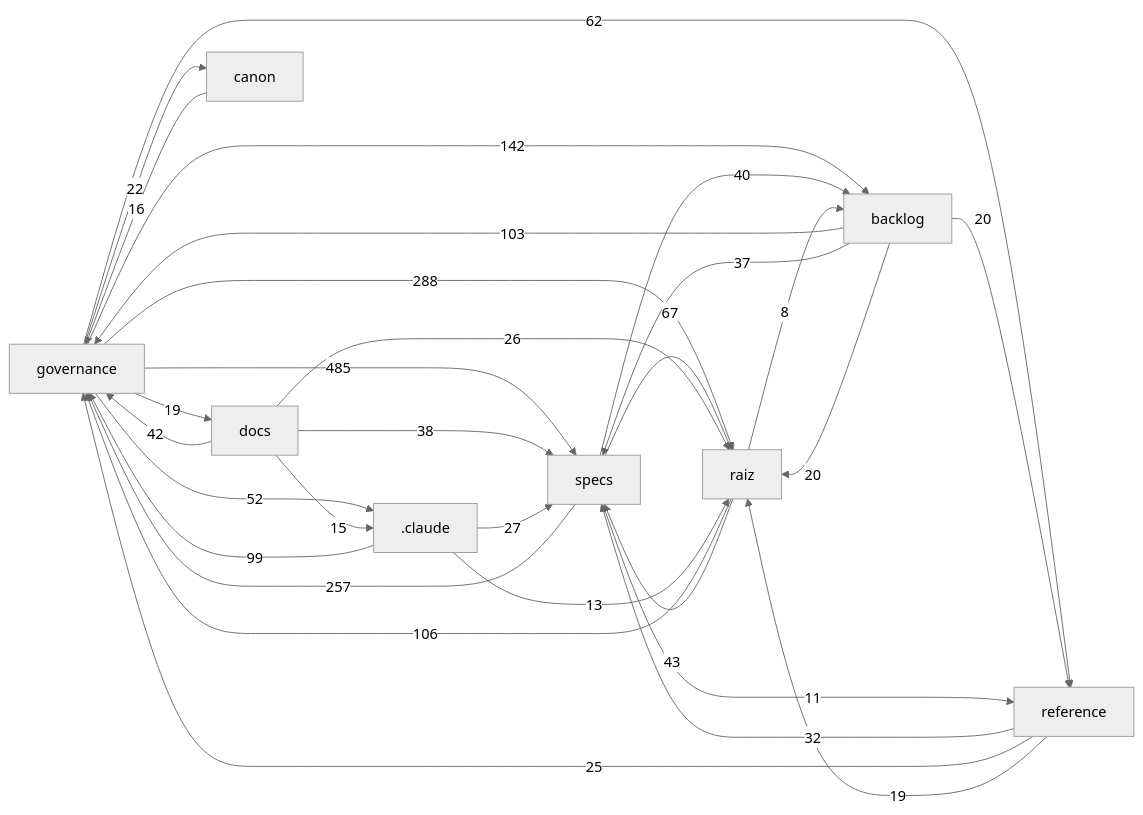
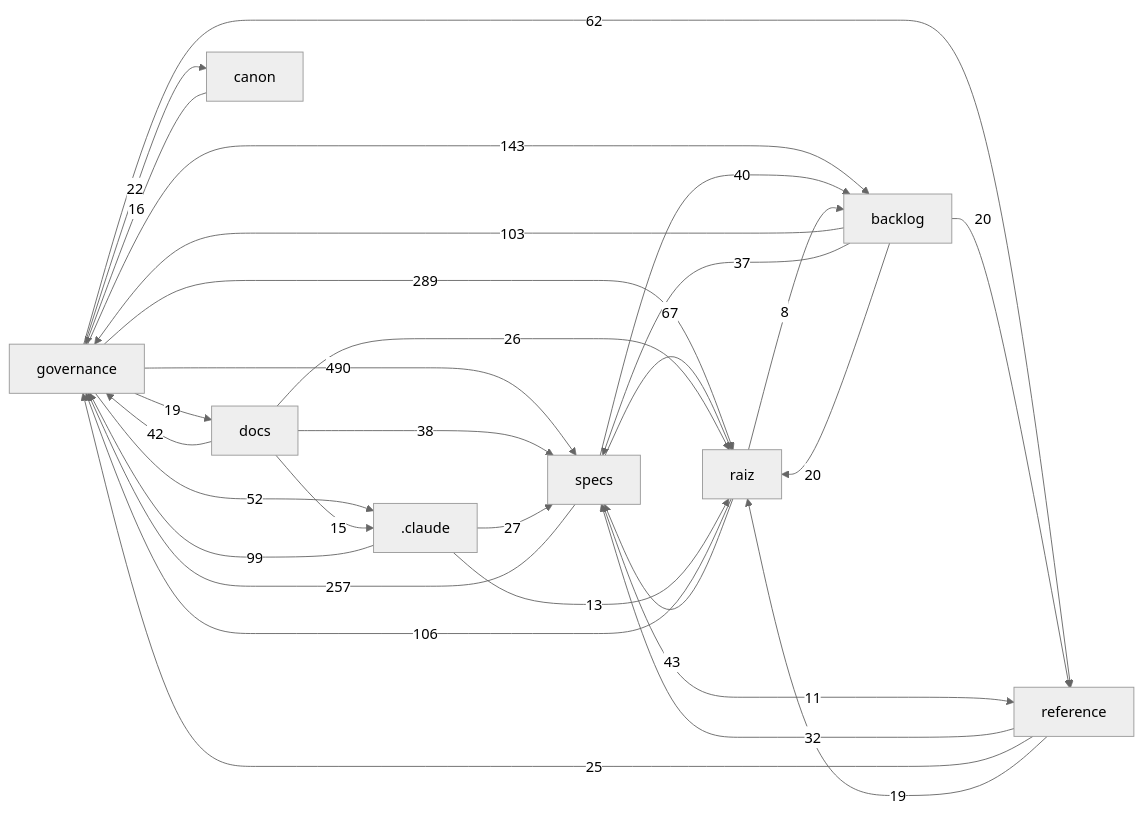
Before and after one commit to Andraus35/Sistema-Operacional-de-Trading--SOT: the diagram in docs/mapa/MAPA-PROJETO.md, drawn with Mermaid (neutral theme). The commit also changed other lines of this file and 2 other files, not shown here.

````diff
--- a/docs/mapa/MAPA-PROJETO.md
+++ b/docs/mapa/MAPA-PROJETO.md
@@ -29,32 +29,32 @@
 ```mermaid
 flowchart LR
-  governance["governance"] -->|485| specs["specs"]
-  governance["governance"] -->|288| raiz["raiz"]
+  governance["governance"] -->|490| specs["specs"]
+  governance["governance"] -->|289| raiz["raiz"]
   specs["specs"] -->|257| governance["governance"]
-  governance["governance"] -->|142| backlog["backlog"]
+  governance["governance"] -->|143| backlog["backlog"]
   raiz["raiz"] -->|106| governance["governance"]
   backlog["backlog"] -->|103| governance["governance"]
   _claude[".claude"] -->|99| governance["governance"]
   specs["specs"] -->|67| raiz["raiz"]
   governance["governance"] -->|62| reference["reference"]
   governance["governance"] -->|52| _claude[".claude"]
   raiz["raiz"] -->|43| specs["specs"]
   docs["docs"] -->|42| governance["governance"]
   specs["specs"] -->|40| backlog["backlog"]
   docs["docs"] -->|38| specs["specs"]
   backlog["backlog"] -->|37| specs["specs"]
   reference["reference"] -->|32| specs["specs"]
   _claude[".claude"] -->|27| specs["specs"]
   docs["docs"] -->|26| raiz["raiz"]
   reference["reference"] -->|25| governance["governance"]
   governance["governance"] -->|22| canon["canon"]
   backlog["backlog"] -->|20| raiz["raiz"]
   backlog["backlog"] -->|20| reference["reference"]
   governance["governance"] -->|19| docs["docs"]
   reference["reference"] -->|19| raiz["raiz"]
   canon["canon"] -->|16| governance["governance"]
   docs["docs"] -->|15| _claude[".claude"]
   _claude[".claude"] -->|13| raiz["raiz"]
   specs["specs"] -->|11| reference["reference"]
   raiz["raiz"] -->|8| backlog["backlog"]
 ```
````
